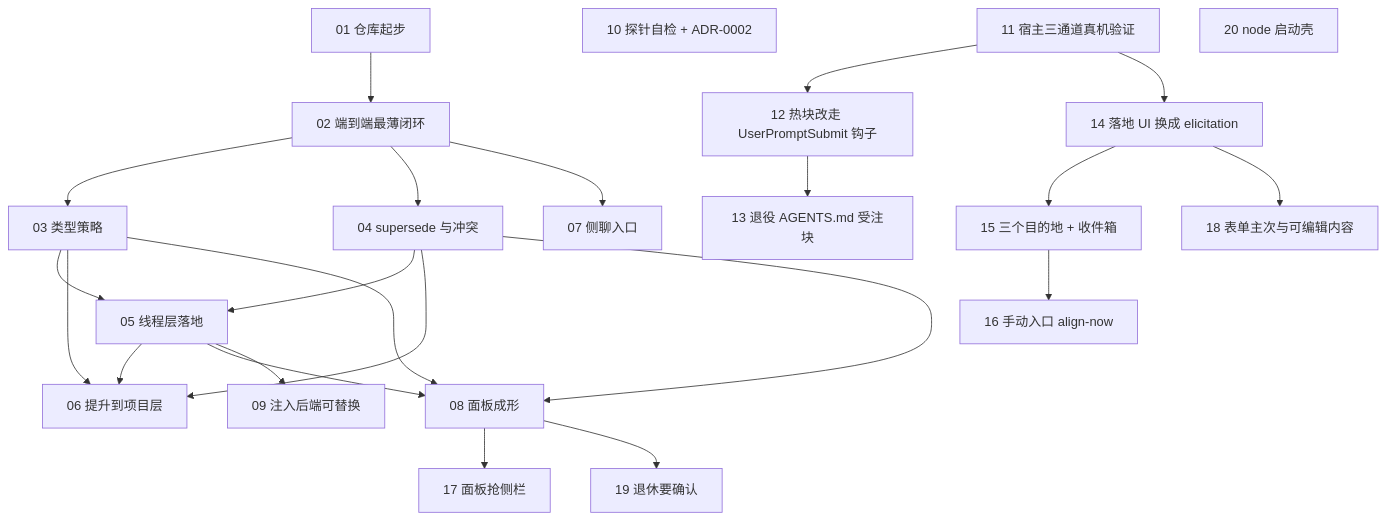
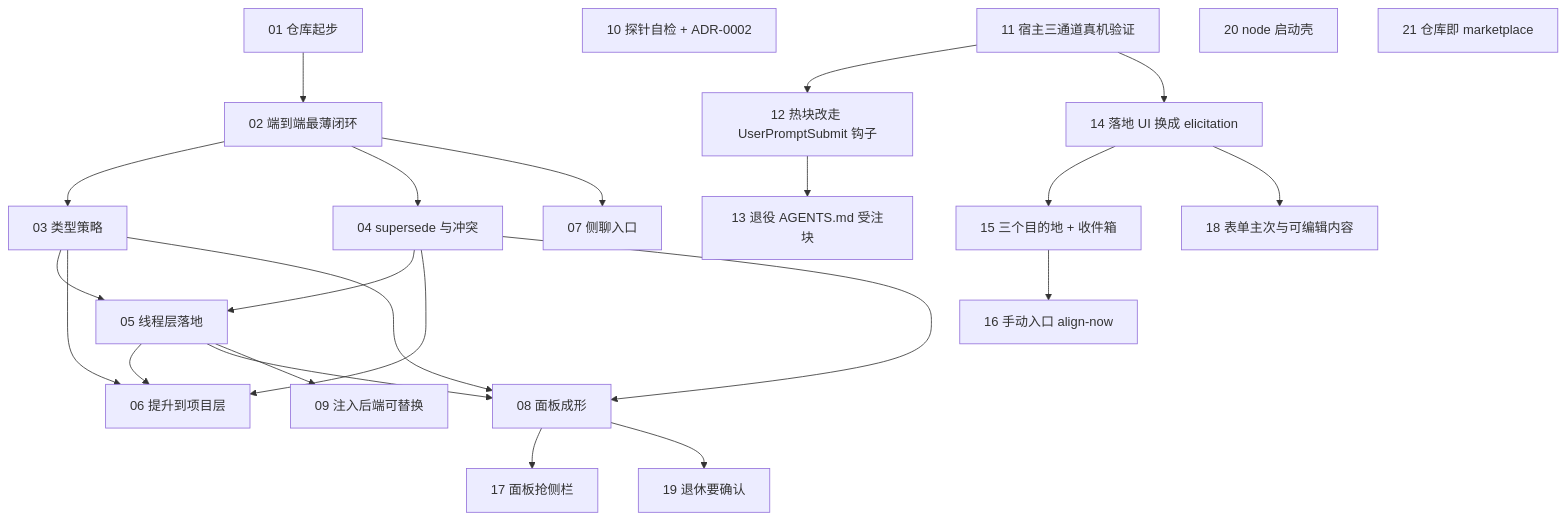
One commit to PageIV/align changed the diagram in .scratch/align/graph.md. Above: the diagram before and after it, drawn with Mermaid. The commit also changed other lines of this file and 8 other files, not shown here.

````diff
--- a/.scratch/align/graph.md
+++ b/.scratch/align/graph.md
@@ -7,45 +7,46 @@
 ```mermaid
 flowchart TD
   t01["01 仓库起步"]
   t02["02 端到端最薄闭环"]
   t03["03 类型策略"]
   t04["04 supersede 与冲突"]
   t05["05 线程层落地"]
   t06["06 提升到项目层"]
   t07["07 侧聊入口"]
   t08["08 面板成形"]
   t09["09 注入后端可替换"]
   t10["10 探针自检 + ADR-0002"]
   t11["11 宿主三通道真机验证"]
   t12["12 热块改走 UserPromptSubmit 钩子"]
   t13["13 退役 AGENTS.md 受注块"]
   t14["14 落地 UI 换成 elicitation"]
   t15["15 三个目的地 + 收件箱"]
   t16["16 手动入口 align-now"]
   t17["17 面板抢侧栏"]
   t18["18 表单主次与可编辑内容"]
   t19["19 退休要确认"]
   t20["20 node 启动壳"]
+  t21["21 仓库即 marketplace"]
 
   t01 --> t02
   t02 --> t03
   t02 --> t04
   t02 --> t07
   t03 --> t05
   t04 --> t05
   t03 --> t06
   t04 --> t06
   t05 --> t06
   t03 --> t08
   t04 --> t08
   t05 --> t08
   t05 --> t09
   t11 --> t12
   t12 --> t13
   t11 --> t14
   t14 --> t15
   t15 --> t16
   t08 --> t17
   t14 --> t18
   t08 --> t19
 ```
````
